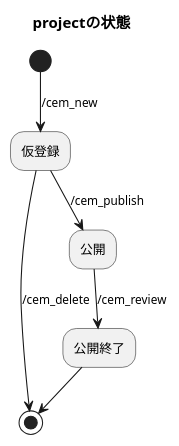
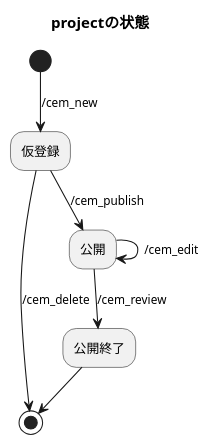
The diagram in modeling/projectStatemachine.puml (challenge-every-month/cem-app), drawn with PlantUML before and after one commit.

Commit message:
docs: cem_editの範囲を明文化

```diff
--- a/modeling/projectStatemachine.puml
+++ b/modeling/projectStatemachine.puml
@@ -1,8 +1,9 @@
 @startuml
 title projectの状態
 (*)  --> [/cem_new]"仮登録"
 "仮登録" --> [/cem_delete](*)
+"公開" --> [/cem_edit]"公開"
 "仮登録" --> [/cem_publish]"公開"
 "公開" --> [/cem_review]"公開終了"
 -->(*)
 @enduml
```
